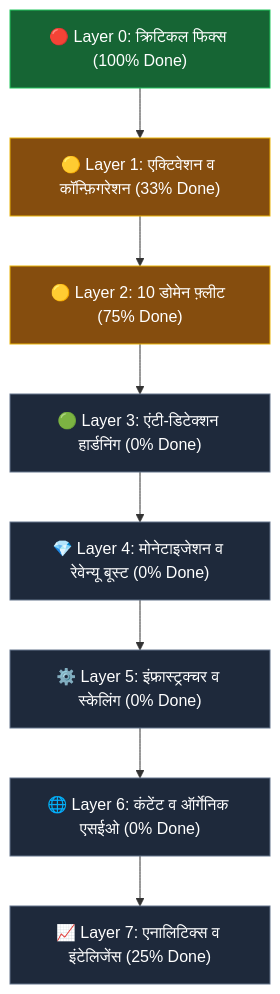
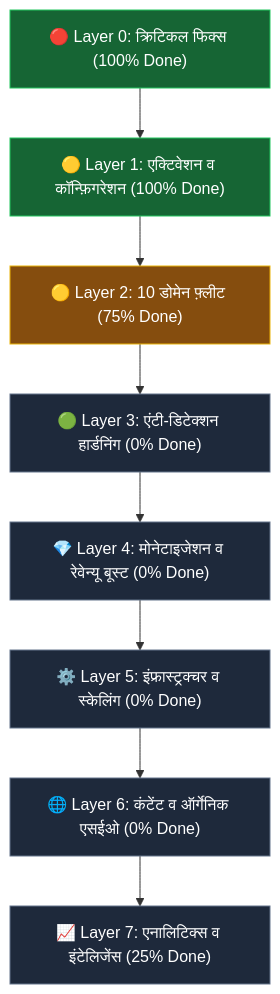
Before and after one commit to Munnabhai63/adstera: the diagram in MASTER_EXECUTION_NOTES.md, drawn with Mermaid. The commit also changed other lines of this file and 5 other files, not shown here.

````diff
--- a/MASTER_EXECUTION_NOTES.md
+++ b/MASTER_EXECUTION_NOTES.md
@@ -8,19 +8,19 @@
 ```mermaid
 flowchart TD
-    L0["🔴 Layer 0: क्रिटिकल फिक्स (100% Done)"] --> L1["🟡 Layer 1: एक्टिवेशन व कॉन्फ़िगरेशन (33% Done)"]
+    L0["🔴 Layer 0: क्रिटिकल फिक्स (100% Done)"] --> L1["🟡 Layer 1: एक्टिवेशन व कॉन्फ़िगरेशन (100% Done)"]
     L1 --> L2["🟡 Layer 2: 10 डोमेन फ़्लीट (75% Done)"]
     L2 --> L3["🟢 Layer 3: एंटी-डिटेक्शन हार्डनिंग (0% Done)"]
     L3 --> L4["💎 Layer 4: मोनेटाइजेशन व रेवेन्यू बूस्ट (0% Done)"]
     L4 --> L5["⚙️ Layer 5: इंफ्रास्ट्रक्चर व स्केलिंग (0% Done)"]
     L5 --> L6["🌐 Layer 6: कंटेंट व ऑर्गेनिक एसईओ (0% Done)"]
     L6 --> L7["📈 Layer 7: एनालिटिक्स व इंटेलिजेंस (25% Done)"]
 
     style L0 fill:#166534,stroke:#22c55e,color:#fff
-    style L1 fill:#854d0e,stroke:#eab308,color:#fff
+    style L1 fill:#166534,stroke:#22c55e,color:#fff
     style L2 fill:#854d0e,stroke:#eab308,color:#fff
     style L3 fill:#1e293b,stroke:#64748b,color:#fff
     style L4 fill:#1e293b,stroke:#64748b,color:#fff
     style L5 fill:#1e293b,stroke:#64748b,color:#fff
     style L6 fill:#1e293b,stroke:#64748b,color:#fff
     style L7 fill:#1e293b,stroke:#64748b,color:#fff
 ```
````
